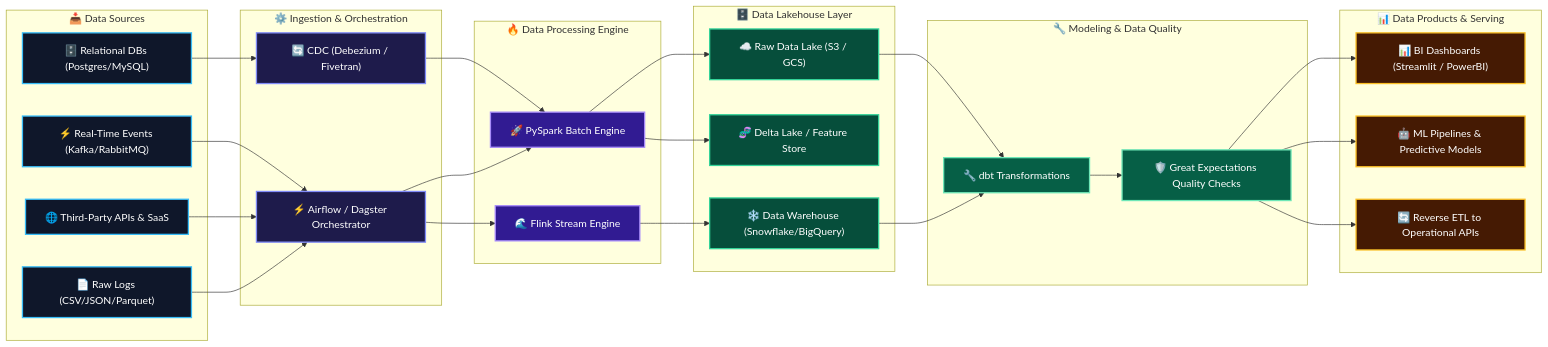
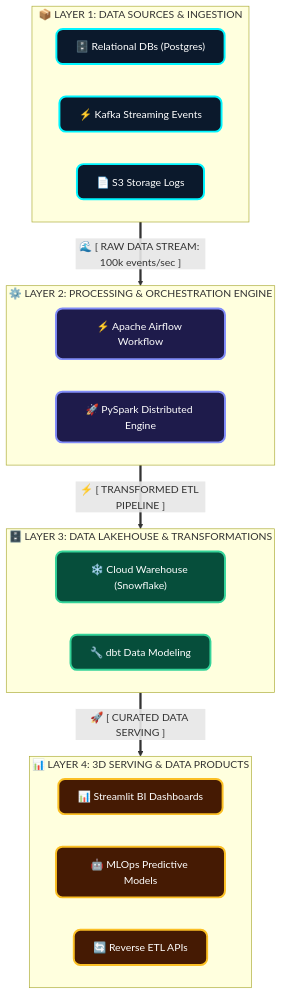
The second of 2 diagrams in README.md (vn002-tech/vn002-tech), drawn with Mermaid before and after one commit. The commit also changed other lines of this file, not shown here.

Commit message:
Enhance README with flowchart and architecture updates
Added a flowchart diagram and updated sections for the 3D Enterprise Data Pipeline Architecture in the README.

````diff
--- a/README.md
+++ b/README.md
@@ -63,64 +109,37 @@
 ```mermaid
-flowchart LR
-    classDef src fill:#0f172a,stroke:#38bdf8,stroke-width:2px,color:#ffffff;
-    classDef ing fill:#1e1b4b,stroke:#818cf8,stroke-width:2px,color:#ffffff;
-    classDef proc fill:#311b92,stroke:#a78bfa,stroke-width:2px,color:#ffffff;
-    classDef stor fill:#064e3b,stroke:#34d399,stroke-width:2px,color:#ffffff;
-    classDef qual fill:#065f46,stroke:#6ee7b7,stroke-width:2px,color:#ffffff;
-    classDef serv fill:#451a03,stroke:#fbbf24,stroke-width:2px,color:#ffffff;
+flowchart TD
+    classDef src fill:#0b192c,stroke:#00f5ff,stroke-width:3px,color:#ffffff,rx:10px,ry:10px;
+    classDef proc fill:#1e1b4b,stroke:#818cf8,stroke-width:3px,color:#ffffff,rx:10px,ry:10px;
+    classDef stor fill:#064e3b,stroke:#34d399,stroke-width:3px,color:#ffffff,rx:10px,ry:10px;
+    classDef serv fill:#451a03,stroke:#fbbf24,stroke-width:3px,color:#ffffff,rx:10px,ry:10px;
 
-    subgraph SG1 ["📥 Data Sources"]
-        A1["🗄️ Relational DBs (Postgres/MySQL)"]:::src
-        A2["⚡ Real-Time Events (Kafka/RabbitMQ)"]:::src
-        A3["🌐 Third-Party APIs & SaaS"]:::src
-        A4["📄 Raw Logs (CSV/JSON/Parquet)"]:::src
+    subgraph L1 ["📦 LAYER 1: DATA SOURCES & INGESTION"]
+        direction LR
+        A1["🗄️ Relational DBs (Postgres)"]:::src
+        A2["⚡ Kafka Streaming Events"]:::src
+        A3["📄 S3 Storage Logs"]:::src
     end
 
-    subgraph SG2 ["⚙️ Ingestion & Orchestration"]
-        B1["🔄 CDC (Debezium / Fivetran)"]:::ing
-        B2["⚡ Airflow / Dagster Orchestrator"]:::ing
+    subgraph L2 ["⚙️ LAYER 2: PROCESSING & ORCHESTRATION ENGINE"]
+        direction LR
+        B1["⚡ Apache Airflow Workflow"]:::proc
+        B2["🚀 PySpark Distributed Engine"]:::proc
     end
 
-    subgraph SG3 ["🔥 Data Processing Engine"]
-        C1["🚀 PySpark Batch Engine"]:::proc
-        C2["🌊 Flink Stream Engine"]:::proc
+    subgraph L3 ["🗄️ LAYER 3: DATA LAKEHOUSE & TRANSFORMATIONS"]
+        direction LR
+        C1["❄️ Cloud Warehouse (Snowflake)"]:::stor
+        C2["🔧 dbt Data Modeling"]:::stor
     end
 
-    subgraph SG4 ["🗄️ Data Lakehouse Layer"]
-        D1["☁️ Raw Data Lake (S3 / GCS)"]:::stor
-        D2["❄️ Data Warehouse (Snowflake/BigQuery)"]:::stor
-        D3["🧬 Delta Lake / Feature Store"]:::stor
+    subgraph L4 ["📊 LAYER 4: 3D SERVING & DATA PRODUCTS"]
+        direction LR
+        D1["📊 Streamlit BI Dashboards"]:::serv
+        D2["🤖 MLOps Predictive Models"]:::serv
+        D3["🔄 Reverse ETL APIs"]:::serv
     end
 
-    subgraph SG5 ["🔧 Modeling & Data Quality"]
-        E1["🔧 dbt Transformations"]:::qual
-        E2["🛡️ Great Expectations Quality Checks"]:::qual
-    end
-
-    subgraph SG6 ["📊 Data Products & Serving"]
-        F1["📊 BI Dashboards (Streamlit / PowerBI)"]:::serv
-        F2["🤖 ML Pipelines & Predictive Models"]:::serv
-        F3["🔄 Reverse ETL to Operational APIs"]:::serv
-    end
-
-    A1 --> B1
-    A2 --> B2
-    A3 --> B2
-    A4 --> B2
-    
-    B1 --> C1
-    B2 --> C1
-    B2 --> C2
-
-    C1 --> D1
-    C2 --> D2
-    C1 --> D3
-
-    D1 --> E1
-    D2 --> E1
-    E1 --> E2
-
-    E2 --> F1
-    E2 --> F2
-    E2 --> F3
+    L1 == "🌊 [ RAW DATA STREAM: 100k events/sec ]" ==> L2
+    L2 == "⚡ [ TRANSFORMED ETL PIPELINE ]" ==> L3
+    L3 == "🚀 [ CURATED DATA SERVING ]" ==> L4
 ```
````
